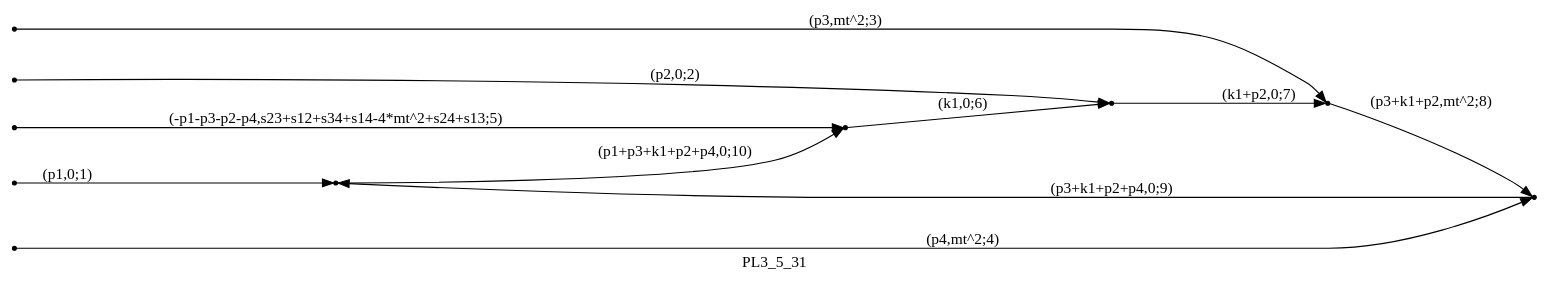
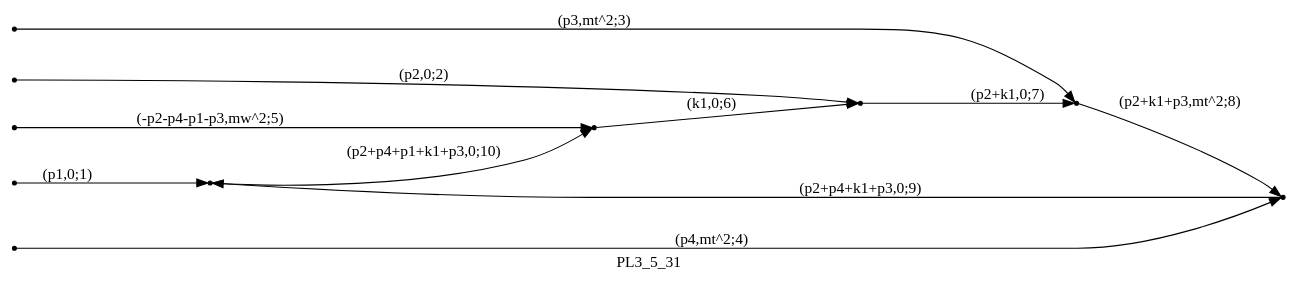
Before and after one commit to UsHnBaGp/Wtt: the diagram in 1loopAmplitude/Reduze/graphs/PL3/all/PL3_5_31.dot, drawn with Graphviz. The commit also changed 163 other files, not shown here.

```diff
--- a/1loopAmplitude/Reduze/graphs/PL3/all/PL3_5_31.dot
+++ b/1loopAmplitude/Reduze/graphs/PL3/all/PL3_5_31.dot
@@ -1,27 +1,27 @@
 digraph PL3_5_31 {
   label="PL3_5_31";
   rankdir="LR";
   subgraph edges {
     -1 -> 5 [label="(p1,0;1)"];
     -2 -> 1 [label="(p2,0;2)"];
     -3 -> 2 [label="(p3,mt^2;3)"];
     -4 -> 3 [label="(p4,mt^2;4)"];
-    -5 -> 4 [label="(-p1-p3-p2-p4,s23+s12+s34+s14-4*mt^2+s24+s13;5)"];
+    -5 -> 4 [label="(-p2-p4-p1-p3,mw^2;5)"];
     4 -> 1 [label="(k1,0;6)"];
-    1 -> 2 [label="(k1+p2,0;7)"];
-    2 -> 3 [label="(p3+k1+p2,mt^2;8)"];
-    3 -> 5 [label="(p3+k1+p2+p4,0;9)"];
-    5 -> 4 [label="(p1+p3+k1+p2+p4,0;10)"];
+    1 -> 2 [label="(p2+k1,0;7)"];
+    2 -> 3 [label="(p2+k1+p3,mt^2;8)"];
+    3 -> 5 [label="(p2+p4+k1+p3,0;9)"];
+    5 -> 4 [label="(p2+p4+p1+k1+p3,0;10)"];
   }
   subgraph incoming { rank="source"; -1; -2; -3; -4; -5; }
 -5 [shape=point];
 -4 [shape=point];
 -3 [shape=point];
 -2 [shape=point];
 -1 [shape=point];
 1 [shape=point];
 2 [shape=point];
 3 [shape=point];
 4 [shape=point];
 5 [shape=point];
 }
```
